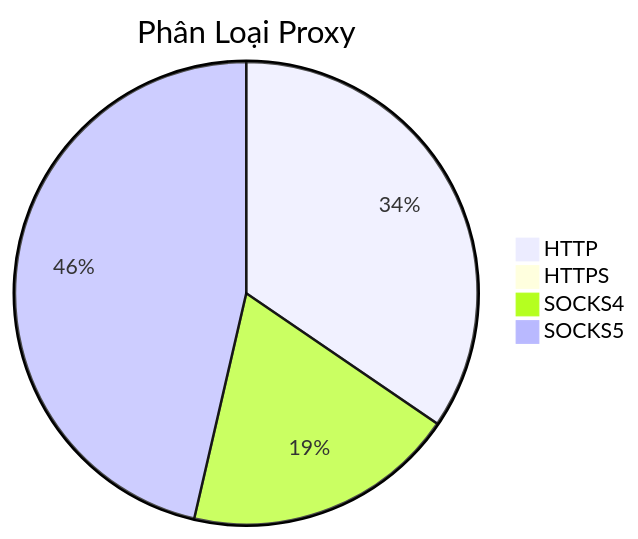
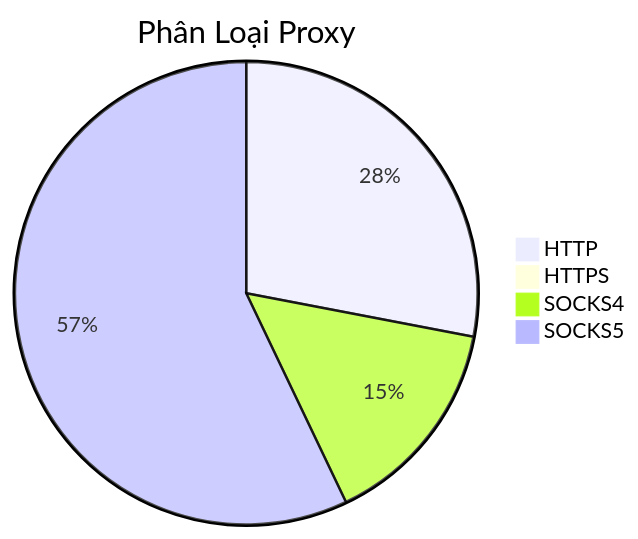
One commit to Ciara-Aa/PROXY-free changed the diagram in README.md. Above: the diagram before and after it, drawn with Mermaid. The commit also changed other lines of this file and 3 other files, not shown here.

````diff
--- a/README.md
+++ b/README.md
@@ -26,7 +26,7 @@
 ```mermaid
 pie title Phân Loại Proxy
-    "HTTP" : 411
+    "HTTP" : 389
     "HTTPS" : 2
-    "SOCKS4" : 227
-    "SOCKS5" : 552
+    "SOCKS4" : 207
+    "SOCKS5" : 793
 ```
````
